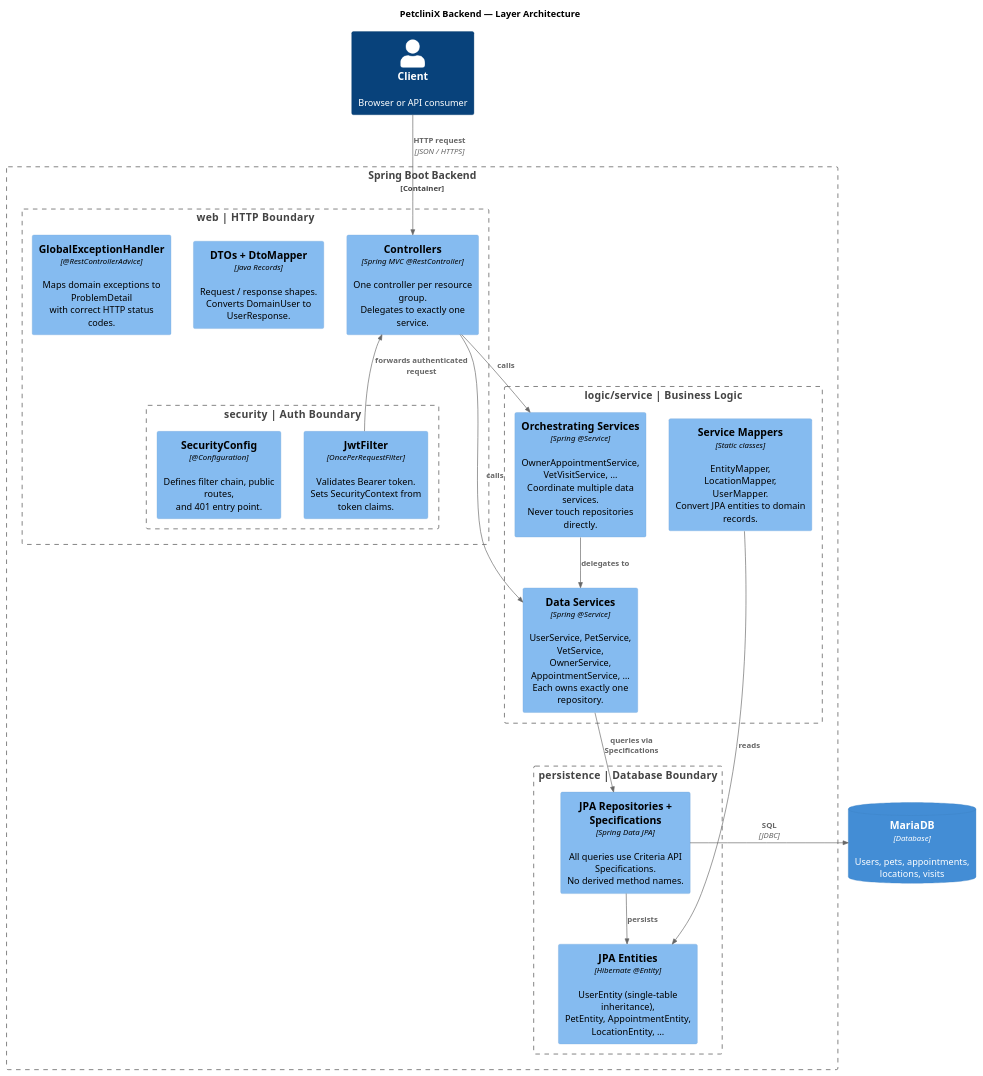
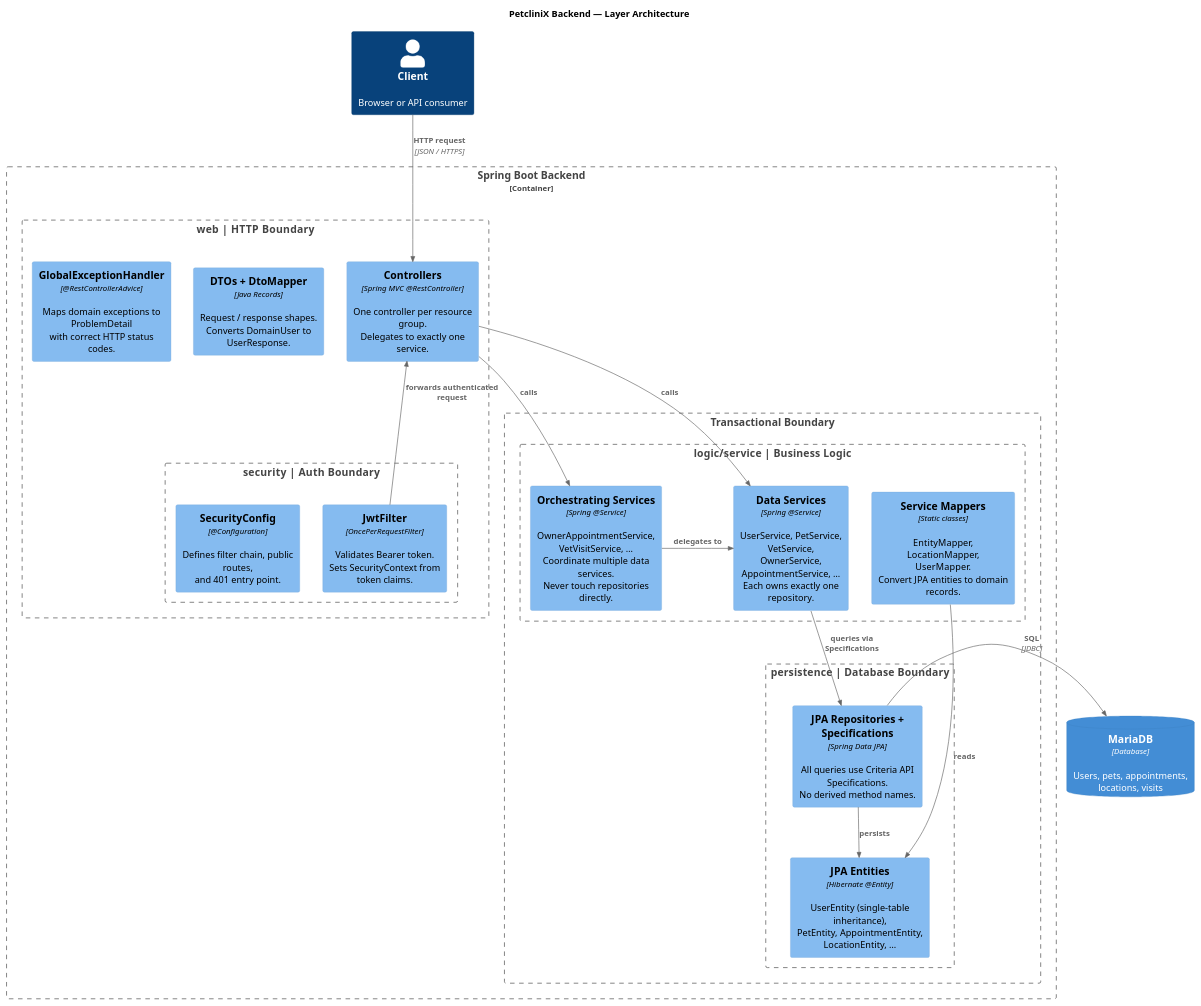
Before and after one commit to petclinix/java-springboot-react-mtier: the diagram in backend/docs/c4-layer-architecture.puml, drawn with PlantUML. The commit also changed 1 other file, not shown here.

Commit message:
Include transactional boundary

```diff
--- a/backend/docs/c4-layer-architecture.puml
+++ b/backend/docs/c4-layer-architecture.puml
@@ -1,64 +1,66 @@
 @startuml C4 Layer Architecture
 !include <C4/C4_Component>
 
 LAYOUT_TOP_DOWN()
 HIDE_STEREOTYPE()
 
 title PetcliniX Backend — Layer Architecture
 
 ' ── External ────────────────────────────────────────────────────────────
 
 Person(client, "Client", "Browser or API consumer")
 ContainerDb(db, "MariaDB", "Database", "Users, pets, appointments, locations, visits")
 
 ' ── Backend boundary ────────────────────────────────────────────────────
 
 Container_Boundary(backend, "Spring Boot Backend") {
 
     ' web
     Boundary(web, "web  |  HTTP Boundary", "") {
         Component(controllers,  "Controllers",           "Spring MVC @RestController", "One controller per resource group.\nDelegates to exactly one service.")
         Component(dtos,         "DTOs + DtoMapper",      "Java Records",               "Request / response shapes.\nConverts DomainUser to UserResponse.")
         Component(advice,       "GlobalExceptionHandler","@RestControllerAdvice",      "Maps domain exceptions to ProblemDetail\nwith correct HTTP status codes.")
 
         ' security
         Boundary(sec, "security  |  Auth Boundary", "") {
             Component(jwt_filter,   "JwtFilter",    "OncePerRequestFilter", "Validates Bearer token.\nSets SecurityContext from token claims.")
             Component(sec_config,   "SecurityConfig","@Configuration",      "Defines filter chain, public routes,\nand 401 entry point.")
         }
     }
 
     ' logic/service
-    Boundary(svc, "logic/service  |  Business Logic", "") {
-        Component(data_svc,  "Data Services",          "Spring @Service", "UserService, PetService, VetService,\nOwnerService, AppointmentService, …\nEach owns exactly one repository.")
-        Component(orch_svc,  "Orchestrating Services", "Spring @Service", "OwnerAppointmentService, VetVisitService, …\nCoordinate multiple data services.\nNever touch repositories directly.")
-        Component(svc_mapper,"Service Mappers",         "Static classes",  "EntityMapper, LocationMapper, UserMapper.\nConvert JPA entities to domain records.")
+    Boundary(trans, "Transactional Boundary", "") {
+        Boundary(svc, "logic/service  |  Business Logic", "") {
+            Component(data_svc,  "Data Services",          "Spring @Service", "UserService, PetService, VetService,\nOwnerService, AppointmentService, …\nEach owns exactly one repository.")
+            Component(orch_svc,  "Orchestrating Services", "Spring @Service", "OwnerAppointmentService, VetVisitService, …\nCoordinate multiple data services.\nNever touch repositories directly.")
+            Component(svc_mapper,"Service Mappers",         "Static classes",  "EntityMapper, LocationMapper, UserMapper.\nConvert JPA entities to domain records.")
 
-        ' logic/domain — shared centre
-        'Boundary(domain, "logic/domain  |  Shared Centre  (zero outbound dependencies)", "") {
-        '    Component(dom_records,  "Domain Records",    "Java Records",    "Pet, Appointment, Location, Vet, DomainUser, …")
-        '    Component(dom_ifaces,   "Domain Interfaces", "Java Interfaces", "PetData, LocationData, AppointmentData, …\nDecouple web DTOs from service signatures.")
-        '    Component(dom_ex,       "Domain Exceptions", "RuntimeException","NotFoundException, InvalidCredentialsException,\nUsernameAlreadyTakenException, …")
-        '}
-    }
+            ' logic/domain — shared centre
+            'Boundary(domain, "logic/domain  |  Shared Centre  (zero outbound dependencies)", "") {
+            '    Component(dom_records,  "Domain Records",    "Java Records",    "Pet, Appointment, Location, Vet, DomainUser, …")
+            '    Component(dom_ifaces,   "Domain Interfaces", "Java Interfaces", "PetData, LocationData, AppointmentData, …\nDecouple web DTOs from service signatures.")
+            '    Component(dom_ex,       "Domain Exceptions", "RuntimeException","NotFoundException, InvalidCredentialsException,\nUsernameAlreadyTakenException, …")
+            '}
+        }
 
-    ' persistence
-    Boundary(pers, "persistence  |  Database Boundary", "") {
-        Component(repos,    "JPA Repositories + Specifications", "Spring Data JPA", "All queries use Criteria API Specifications.\nNo derived method names.")
-        Component(entities, "JPA Entities",                      "Hibernate @Entity","UserEntity (single-table inheritance),\nPetEntity, AppointmentEntity, LocationEntity, …")
+        ' persistence
+        Boundary(pers, "persistence  |  Database Boundary", "") {
+            Component(repos,    "JPA Repositories + Specifications", "Spring Data JPA", "All queries use Criteria API Specifications.\nNo derived method names.")
+            Component(entities, "JPA Entities",                      "Hibernate @Entity","UserEntity (single-table inheritance),\nPetEntity, AppointmentEntity, LocationEntity, …")
+        }
     }
 }
 
 ' ── Relationships ────────────────────────────────────────────────────────
 
 Rel_D(client,       controllers, "HTTP request",   "JSON / HTTPS")
 Rel_U(jwt_filter,   controllers, "forwards authenticated request")
-Rel(controllers,  orch_svc,    "calls")
+Rel_D(controllers,  orch_svc,    "calls")
 Rel(controllers,  data_svc,    "calls")
-Rel(orch_svc,     data_svc,    "delegates to")
+Rel_R(orch_svc,     data_svc,    "delegates to")
 Rel(data_svc,     repos,       "queries via Specifications")
 Rel(svc_mapper,   entities,    "reads")
 Rel(repos,        entities,    "persists")
 Rel_R(repos,        db,          "SQL",  "JDBC")
 
 @enduml
```
